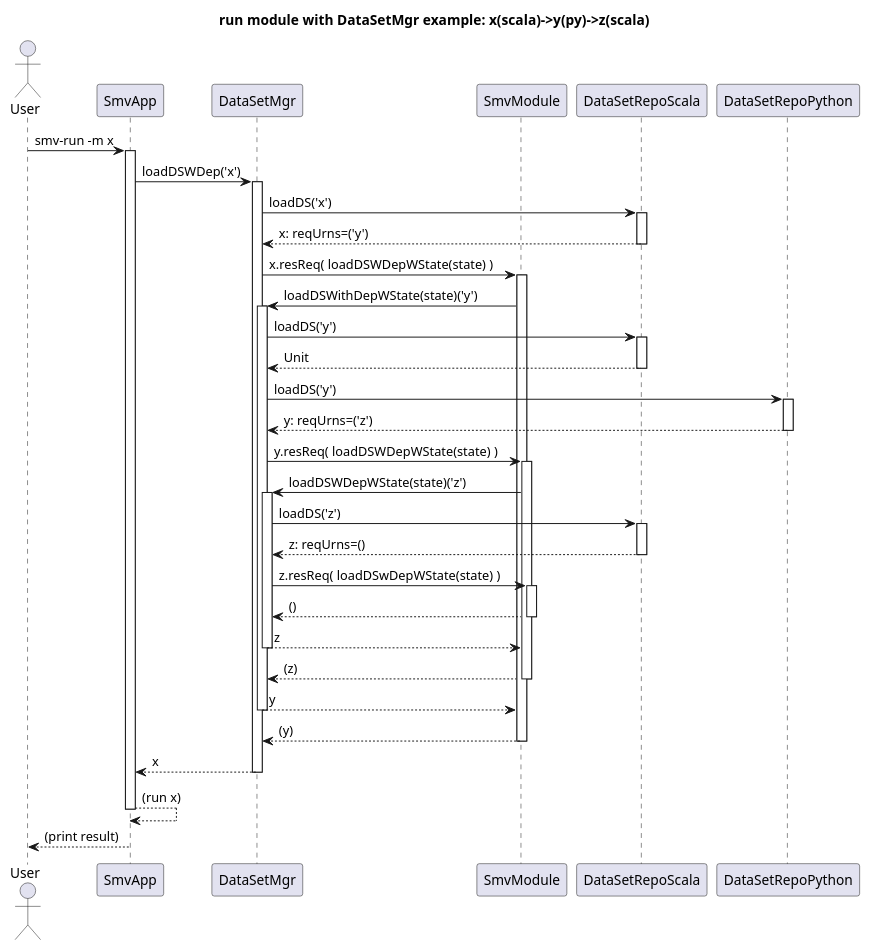
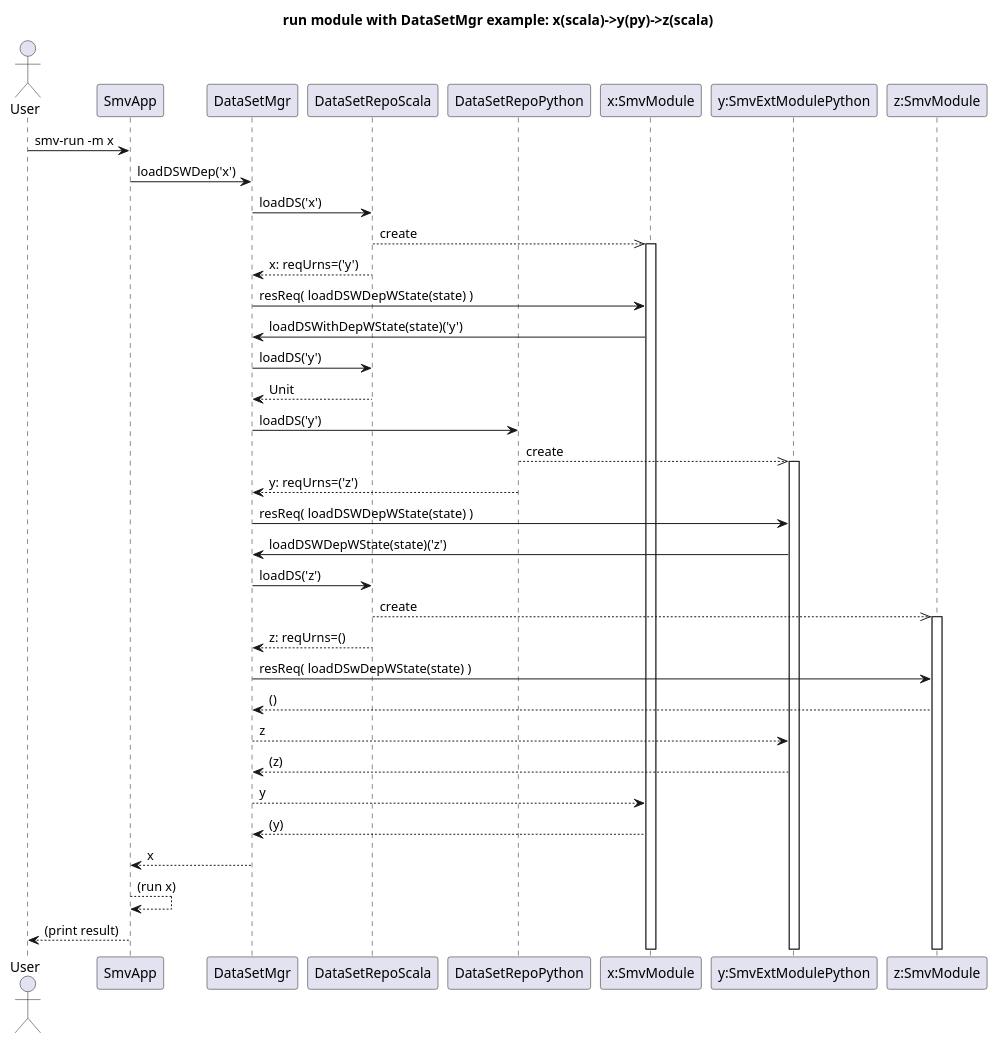
One commit to TresAmigosSD/SMV changed the diagram in docs/design/DataSetMgr/DataSetMgr_seq.puml. Above: the diagram before and after it, drawn with PlantUML.

Commit message:
add distinct modules x,y,z to DataSetMgr seq diagram

```diff
--- a/docs/design/DataSetMgr/DataSetMgr_seq.puml
+++ b/docs/design/DataSetMgr/DataSetMgr_seq.puml
@@ -1,78 +1,43 @@
 @startuml
 title run module with DataSetMgr example: x(scala)->y(py)->z(scala)
 
 Actor User
 Participant SmvApp as app
 Participant DataSetMgr as dsm
-Participant SmvModule as mod
 Participant DataSetRepoScala as dsrs
 Participant DataSetRepoPython as dsrp
-
+Participant "x:SmvModule" as x
+Participant "y:SmvExtModulePython" as y
+Participant "z:SmvModule" as z
 
 User -> app: smv-run -m x
-activate app
-  app -> dsm: loadDSWDep('x')
-  activate dsm
-    dsm -> dsrs: loadDS('x')
-
-    activate dsrs
-      dsrs --> dsm: x: reqUrns=('y')
-    deactivate dsrs
-
-    dsm -> mod: x.resReq( loadDSWDepWState(state) )
-
-    activate mod
-      mod -> dsm: loadDSWithDepWState(state)('y')
-
-      activate dsm
-        dsm -> dsrs: loadDS('y')
-
-        activate dsrs
-          dsrs --> dsm: Unit
-        deactivate dsrs
-
-        dsm -> dsrp: loadDS('y')
-
-        activate dsrp
-          dsrp --> dsm: y: reqUrns=('z')
-        deactivate dsrp
-
-        dsm -> mod: y.resReq( loadDSWDepWState(state) )
-
-        activate mod
-          mod -> dsm: loadDSWDepWState(state)('z')
-
-          activate dsm
-            dsm -> dsrs: loadDS('z')
-
-            activate dsrs
-              dsrs --> dsm: z: reqUrns=()
-            deactivate dsrs
-
-            dsm -> mod: z.resReq( loadDSwDepWState(state) )
-
-            activate mod
-              mod --> dsm: ()
-            deactivate mod
-
-            dsm --> mod: z
-          deactivate dsm
-
-          mod --> dsm: (z)
-        deactivate mod
-
-        dsm --> mod: y
-      deactivate dsm
-
-      mod --> dsm: (y)
-    deactivate mod
-
-    dsm --> app: x
-  deactivate dsm
-
-  app --> app: (run x)
-deactivate app
-
+app -> dsm: loadDSWDep('x')
+dsm -> dsrs: loadDS('x')
+dsrs -->> x: create
+activate x
+dsrs --> dsm: x: reqUrns=('y')
+dsm -> x: resReq( loadDSWDepWState(state) )
+x -> dsm: loadDSWithDepWState(state)('y')
+dsm -> dsrs: loadDS('y')
+dsrs --> dsm: Unit
+dsm -> dsrp: loadDS('y')
+dsrp -->> y: create
+activate y
+dsrp --> dsm: y: reqUrns=('z')
+dsm -> y: resReq( loadDSWDepWState(state) )
+y -> dsm: loadDSWDepWState(state)('z')
+dsm -> dsrs: loadDS('z')
+dsrs -->> z: create
+activate z
+dsrs --> dsm: z: reqUrns=()
+dsm -> z: resReq( loadDSwDepWState(state) )
+z --> dsm: ()
+dsm --> y: z
+y --> dsm: (z)
+dsm --> x: y
+x --> dsm: (y)
+dsm --> app: x
+app --> app: (run x)
 app --> User: (print result)
 
 @enduml
```
